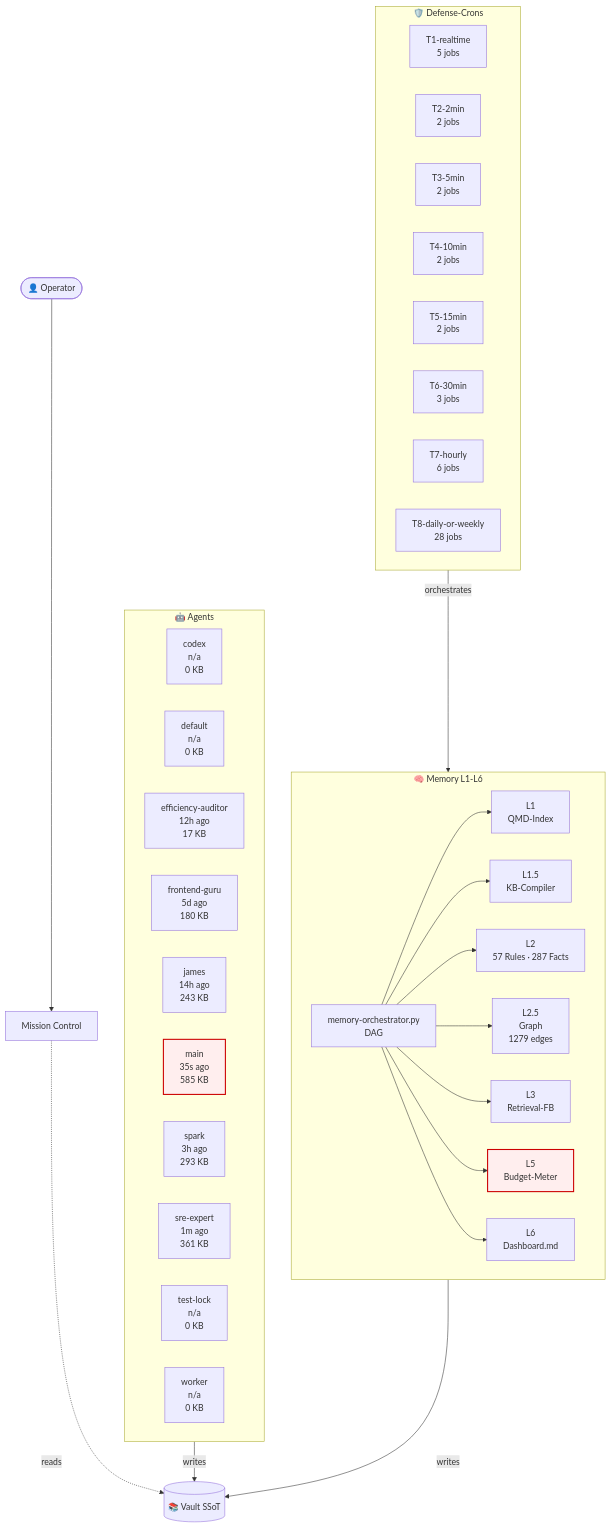
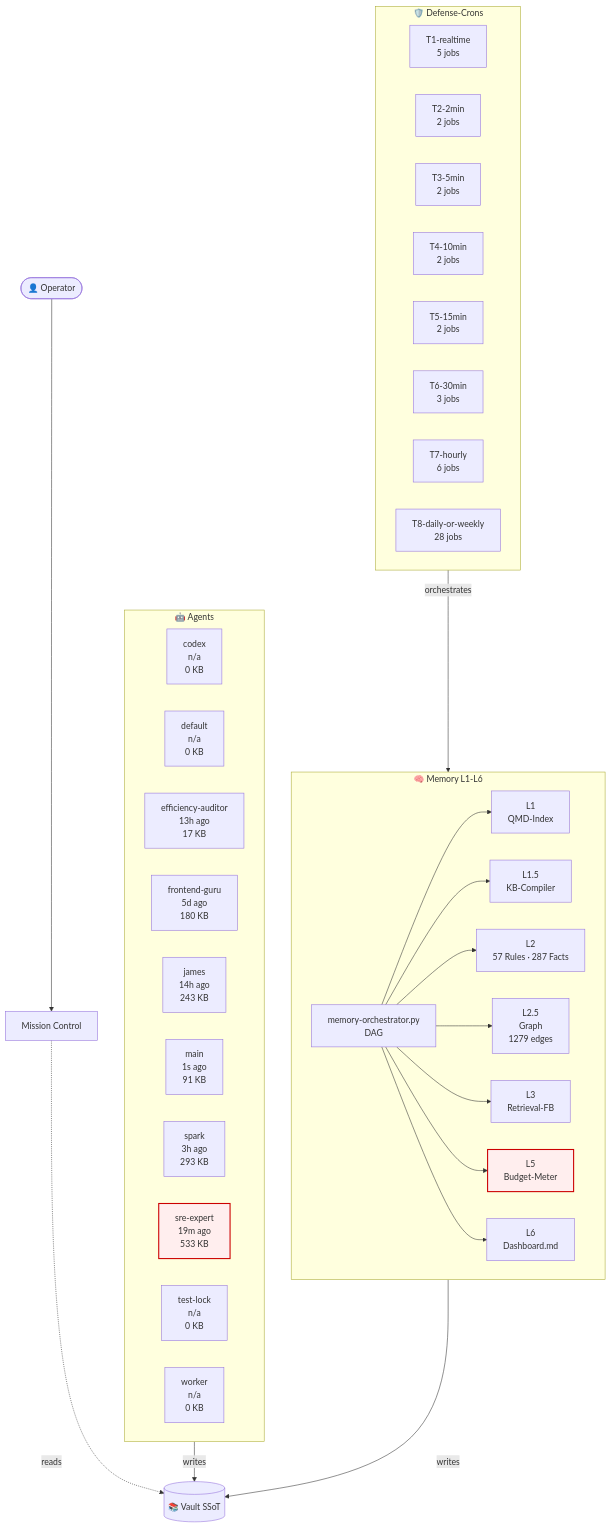
One commit to lenardhuebner88-rgb/openclaw-memory changed the diagram in 03-Agents/architecture-live.md. Above: the diagram before and after it, drawn with Mermaid. The commit also changed other lines of this file and 20 other files, not shown here.

````diff
--- a/03-Agents/architecture-live.md
+++ b/03-Agents/architecture-live.md
@@ -18,53 +18,53 @@
 ```mermaid
 flowchart TB
     classDef critical fill:#fee,stroke:#c00,stroke-width:2px;
     subgraph AGT["🤖 Agents"]
         agent_codex["codex<br/>n/a<br/>0 KB"]
         agent_default["default<br/>n/a<br/>0 KB"]
-        agent_efficiency_auditor["efficiency-auditor<br/>12h ago<br/>17 KB"]
+        agent_efficiency_auditor["efficiency-auditor<br/>13h ago<br/>17 KB"]
         agent_frontend_guru["frontend-guru<br/>5d ago<br/>180 KB"]
         agent_james["james<br/>14h ago<br/>243 KB"]
-        agent_main["main<br/>35s ago<br/>585 KB"]
+        agent_main["main<br/>1s ago<br/>91 KB"]
         agent_spark["spark<br/>3h ago<br/>293 KB"]
-        agent_sre_expert["sre-expert<br/>1m ago<br/>361 KB"]
+        agent_sre_expert["sre-expert<br/>19m ago<br/>533 KB"]
         agent_test_lock["test-lock<br/>n/a<br/>0 KB"]
         agent_worker["worker<br/>n/a<br/>0 KB"]
     end
     subgraph MEM["🧠 Memory L1-L6"]
         L1["L1<br/>QMD-Index"]
         L15["L1.5<br/>KB-Compiler"]
         L2["L2<br/>57 Rules · 287 Facts"]
         L25["L2.5<br/>Graph<br/>1279 edges"]
         L3["L3<br/>Retrieval-FB"]
         L5["L5<br/>Budget-Meter"]
         L6["L6<br/>Dashboard.md"]
         ORCH["memory-orchestrator.py<br/>DAG"]
     end
     subgraph CRN["🛡️ Defense-Crons"]
         tier_T1_realtime["T1-realtime<br/>5 jobs"]
         tier_T2_2min["T2-2min<br/>2 jobs"]
         tier_T3_5min["T3-5min<br/>2 jobs"]
         tier_T4_10min["T4-10min<br/>2 jobs"]
         tier_T5_15min["T5-15min<br/>2 jobs"]
         tier_T6_30min["T6-30min<br/>3 jobs"]
         tier_T7_hourly["T7-hourly<br/>6 jobs"]
         tier_T8_daily_or_weekly["T8-daily-or-weekly<br/>28 jobs"]
     end
     VAULT[("📚 Vault SSoT")]
     OP([👤 Operator])
     MC["Mission Control"]
     OP --> MC
     MC -.reads.-> VAULT
     AGT -->|writes| VAULT
     MEM -->|writes| VAULT
     ORCH --> L1
     ORCH --> L15
     ORCH --> L2
     ORCH --> L25
     ORCH --> L3
     ORCH --> L5
     ORCH --> L6
     CRN -->|orchestrates| MEM
     class L5 critical
-    class agent_main critical
+    class agent_sre_expert critical
 ```
````
